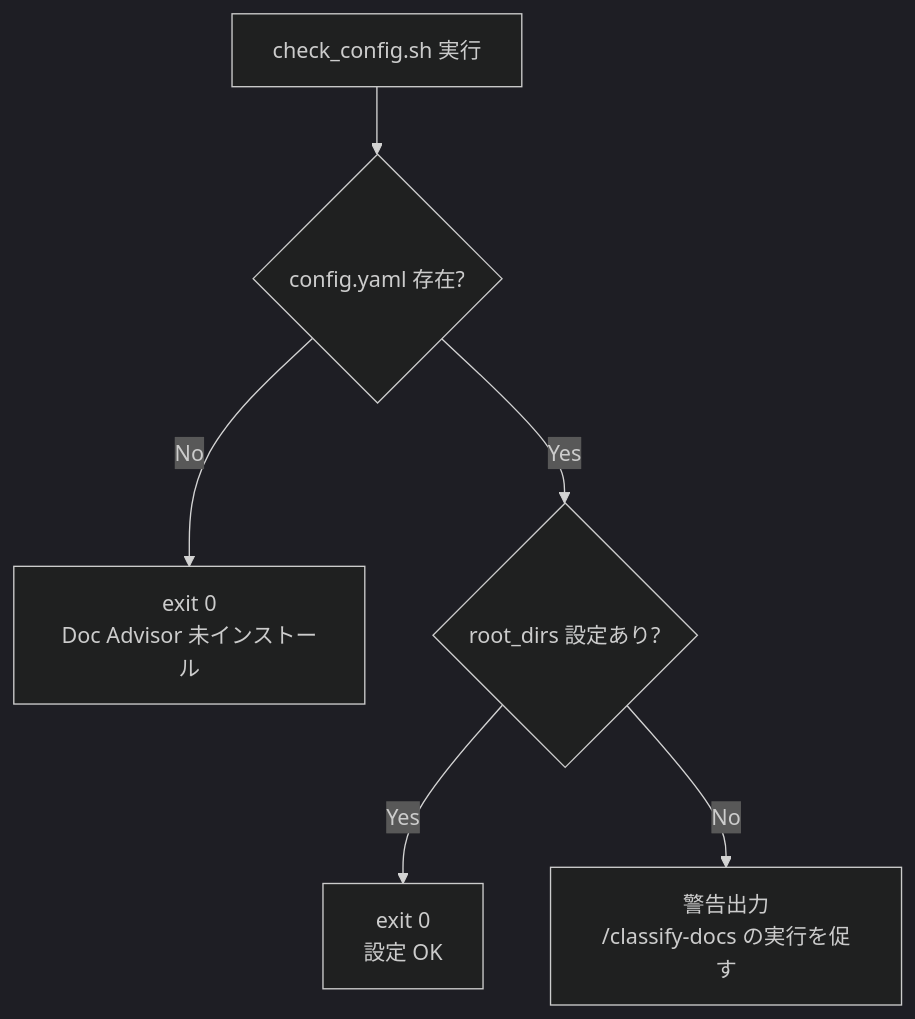
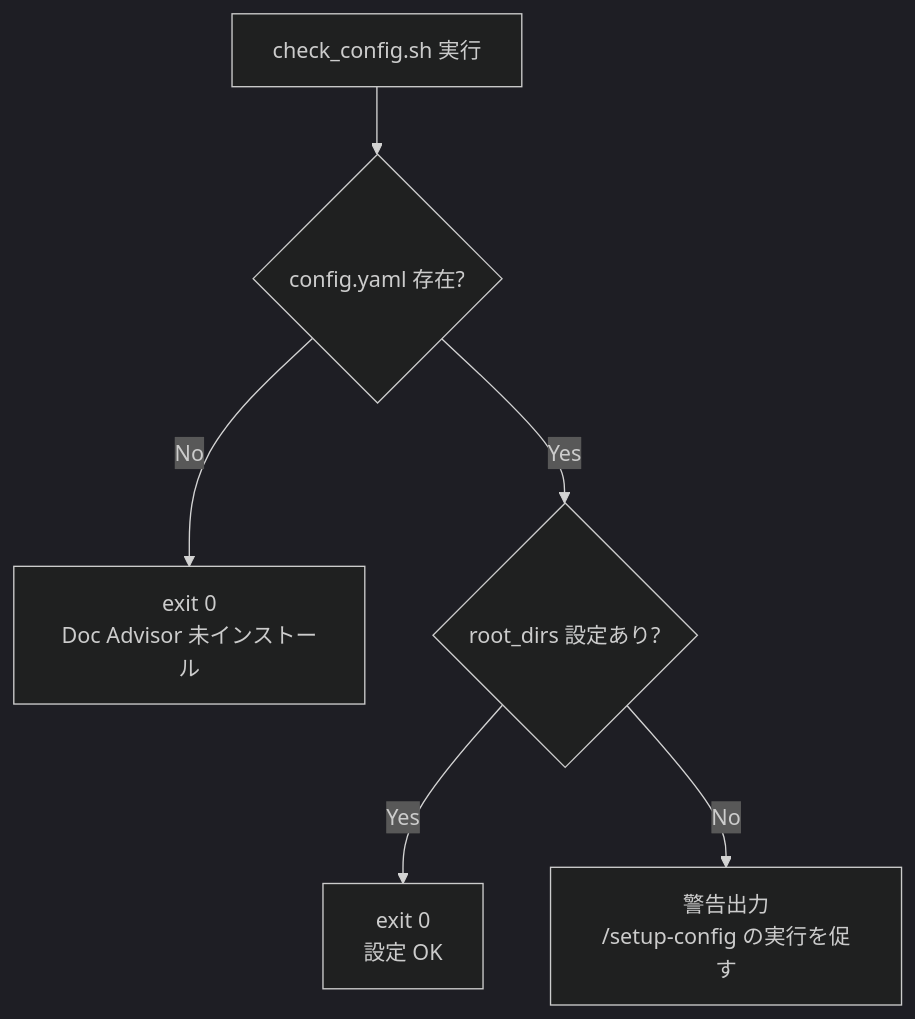
Before and after one commit to BlueEventHorizon/DocAdvisor-CC: the fifth of 10 diagrams in specs/design/DES-005_toc_generation_flow.md, drawn with Mermaid (dark theme). The commit also changed other lines of this file and 20 other files, not shown here.

Commit message:
[4.3] feat: rename classify-docs to setup-config

````diff
--- a/specs/design/DES-005_toc_generation_flow.md
+++ b/specs/design/DES-005_toc_generation_flow.md
@@ -137,8 +137,8 @@
 ```mermaid
 flowchart TD
     A[check_config.sh 実行] --> B{config.yaml 存在?}
     B -->|No| C[exit 0<br>Doc Advisor 未インストール]
     B -->|Yes| D{root_dirs 設定あり?}
     D -->|Yes| E[exit 0<br>設定 OK]
-    D -->|No| F[警告出力<br>/classify-docs の実行を促す]
+    D -->|No| F[警告出力<br>/setup-config の実行を促す]
 ```
````
